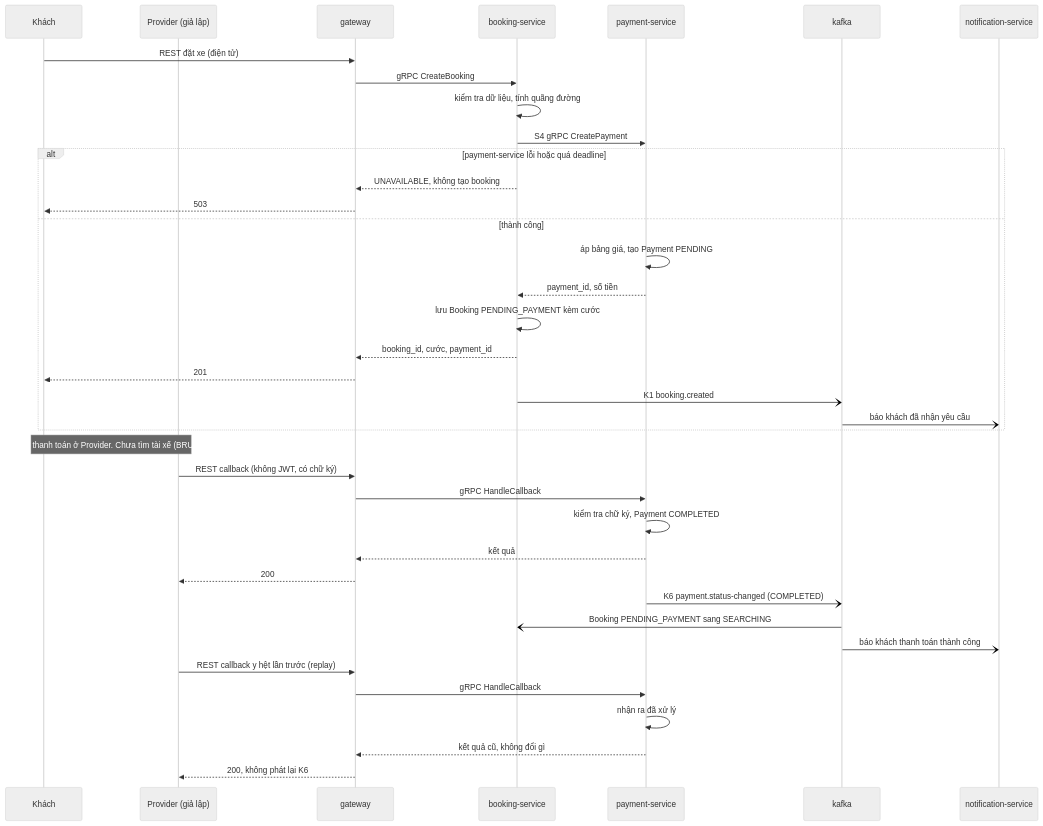
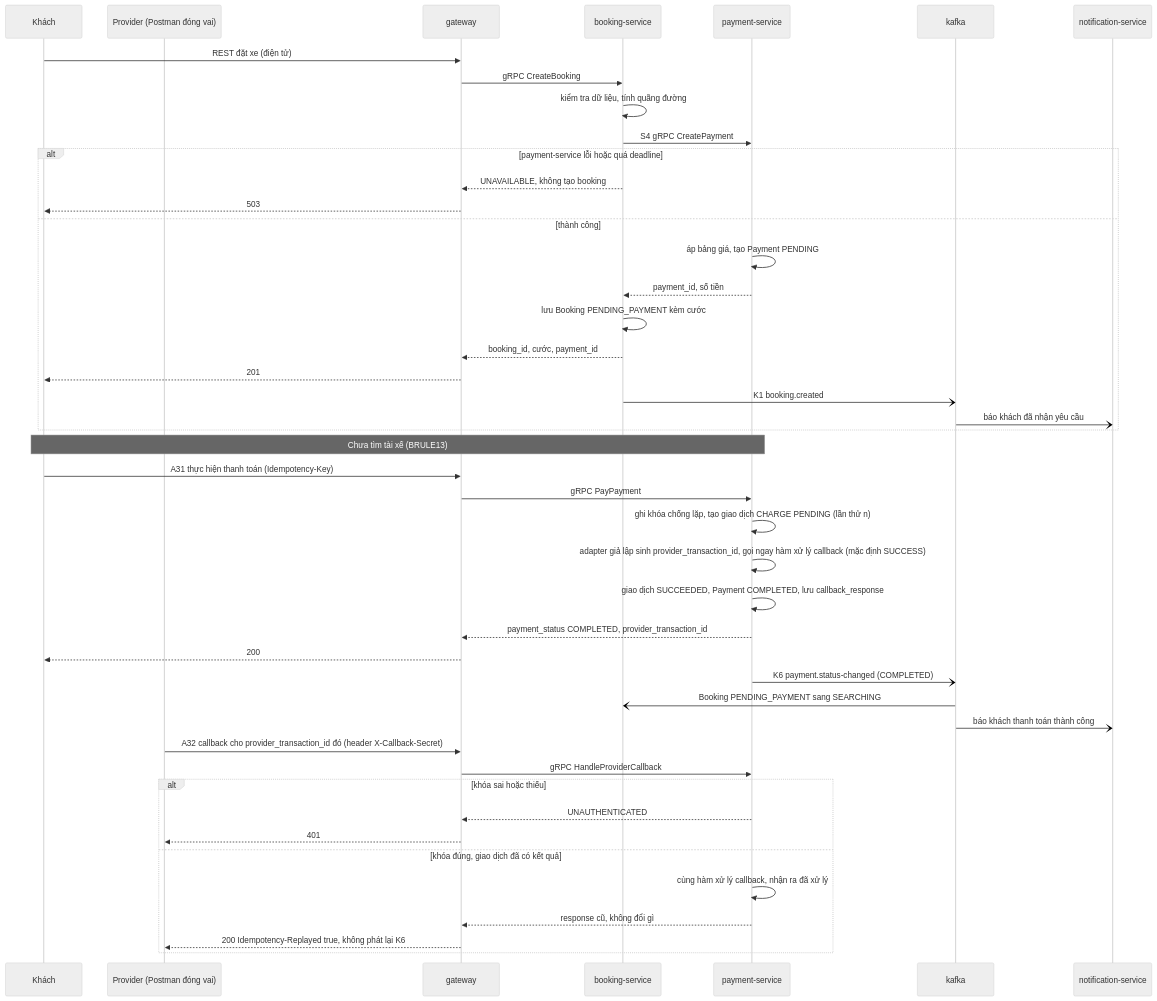
The third of 7 diagrams in docs/design/02-kien-truc-giao-tiep.md (nghuuduc21/23699411_NguyenHuuDuc_CabSystem), drawn with Mermaid (neutral theme) before and after one commit. The commit also changed other lines of this file and 16 other files, not shown here.

````diff
--- a/docs/design/02-kien-truc-giao-tiep.md
+++ b/docs/design/02-kien-truc-giao-tiep.md
@@ -377,41 +401,48 @@
 ```mermaid
 sequenceDiagram
   participant KH as Khách
-  participant PP as Provider (giả lập)
+  participant PP as Provider (Postman đóng vai)
   participant GW as gateway
   participant B as booking-service
   participant P as payment-service
   participant K as kafka
   participant N as notification-service
 
   KH->>GW: REST đặt xe (điện tử)
   GW->>B: gRPC CreateBooking
   B->>B: kiểm tra dữ liệu, tính quãng đường
   B->>P: S4 gRPC CreatePayment
   alt payment-service lỗi hoặc quá deadline
     B-->>GW: UNAVAILABLE, không tạo booking
     GW-->>KH: 503
   else thành công
     P->>P: áp bảng giá, tạo Payment PENDING
     P-->>B: payment_id, số tiền
     B->>B: lưu Booking PENDING_PAYMENT kèm cước
     B-->>GW: booking_id, cước, payment_id
     GW-->>KH: 201
     B-)K: K1 booking.created
     K-)N: báo khách đã nhận yêu cầu
   end
-  Note over KH,PP: Khách thanh toán ở Provider. Chưa tìm tài xế (BRULE13)
-  PP->>GW: REST callback (không JWT, có chữ ký)
-  GW->>P: gRPC HandleCallback
-  P->>P: kiểm tra chữ ký, Payment COMPLETED
-  P-->>GW: kết quả
-  GW-->>PP: 200
+  Note over KH,P: Chưa tìm tài xế (BRULE13)
+  KH->>GW: A31 thực hiện thanh toán (Idempotency-Key)
+  GW->>P: gRPC PayPayment
+  P->>P: ghi khóa chống lặp, tạo giao dịch CHARGE PENDING (lần thử n)
+  P->>P: adapter giả lập sinh provider_transaction_id, gọi ngay hàm xử lý callback (mặc định SUCCESS)
+  P->>P: giao dịch SUCCEEDED, Payment COMPLETED, lưu callback_response
+  P-->>GW: payment_status COMPLETED, provider_transaction_id
+  GW-->>KH: 200
   P-)K: K6 payment.status-changed (COMPLETED)
   K-)B: Booking PENDING_PAYMENT sang SEARCHING
   K-)N: báo khách thanh toán thành công
-  PP->>GW: REST callback y hệt lần trước (replay)
-  GW->>P: gRPC HandleCallback
-  P->>P: nhận ra đã xử lý
-  P-->>GW: kết quả cũ, không đổi gì
-  GW-->>PP: 200, không phát lại K6
+  PP->>GW: A32 callback cho provider_transaction_id đó (header X-Callback-Secret)
+  GW->>P: gRPC HandleProviderCallback
+  alt khóa sai hoặc thiếu
+    P-->>GW: UNAUTHENTICATED
+    GW-->>PP: 401
+  else khóa đúng, giao dịch đã có kết quả
+    P->>P: cùng hàm xử lý callback, nhận ra đã xử lý
+    P-->>GW: response cũ, không đổi gì
+    GW-->>PP: 200 Idempotency-Replayed true, không phát lại K6
+  end
 ```
````
